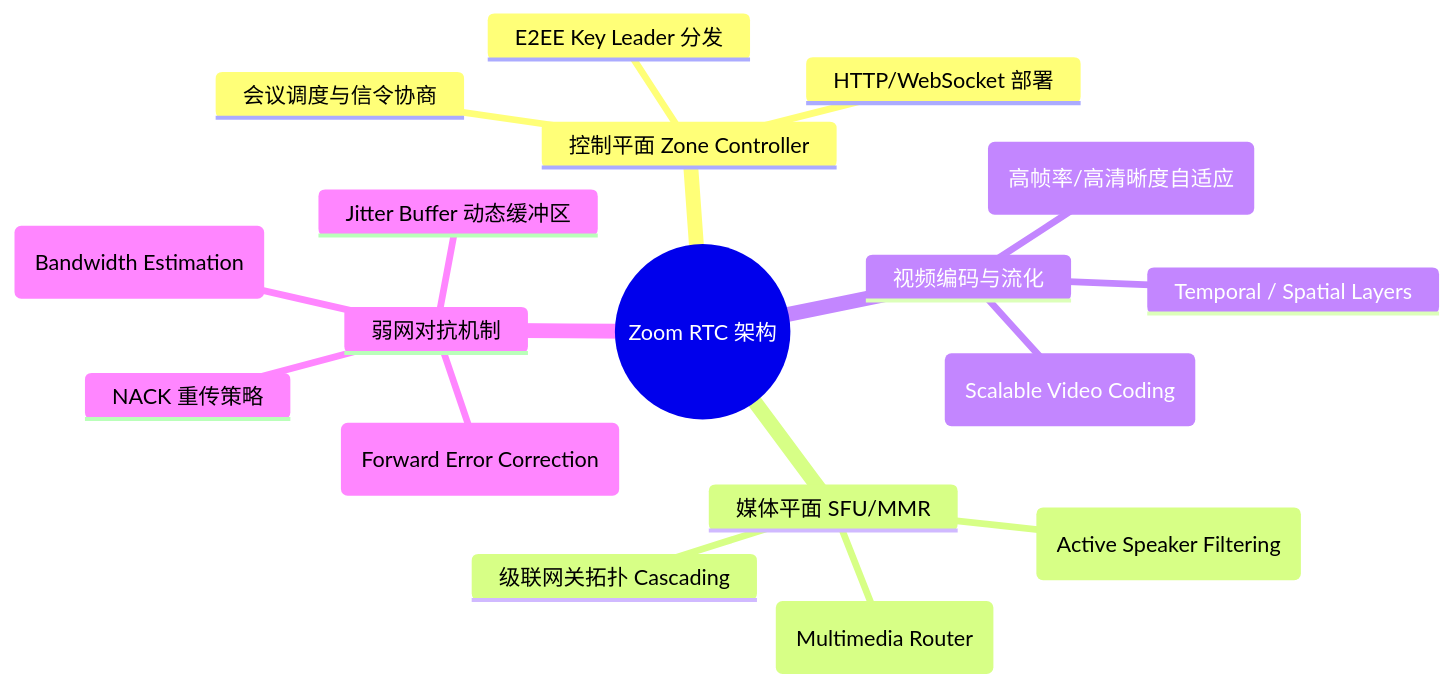
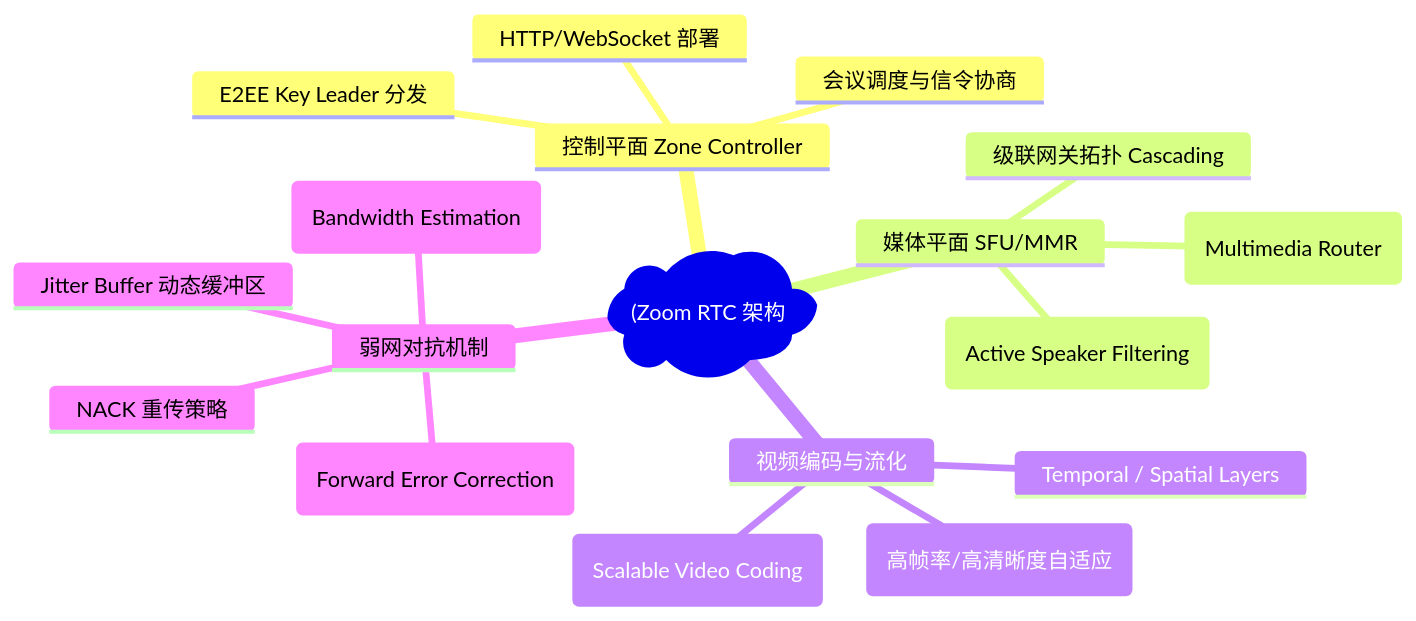
Before and after one commit to koosai/AI-Architect-Learning: the first of 5 diagrams in docs/atlas/zoom.mdx, drawn with Mermaid. The commit also changed other lines of this file and 187 other files, not shown here.

Commit message:
fix(mermaid): fix all unquoted parens and edge label syntax errors across all docs

````diff
--- a/docs/atlas/zoom.mdx
+++ b/docs/atlas/zoom.mdx
@@ -59,21 +59,21 @@
 ```mermaid
 mindmap
-  root((Zoom RTC 架构))
+  root("(Zoom RTC 架构"))
     控制平面 Zone Controller
       HTTP/WebSocket 部署
       会议调度与信令协商
       E2EE Key Leader 分发
     媒体平面 SFU/MMR
       MMR (Multimedia Router)
       级联网关拓扑 Cascading
       动态选路 (Active Speaker Filtering)
     视频编码与流化
       SVC (Scalable Video Coding)
       Temporal / Spatial Layers
       Screen Sharing (高帧率/高清晰度自适应)
     弱网对抗机制
       FEC (Forward Error Correction)
       Jitter Buffer 动态缓冲区
       BWE (Bandwidth Estimation)
       NACK 重传策略
 ```
````
